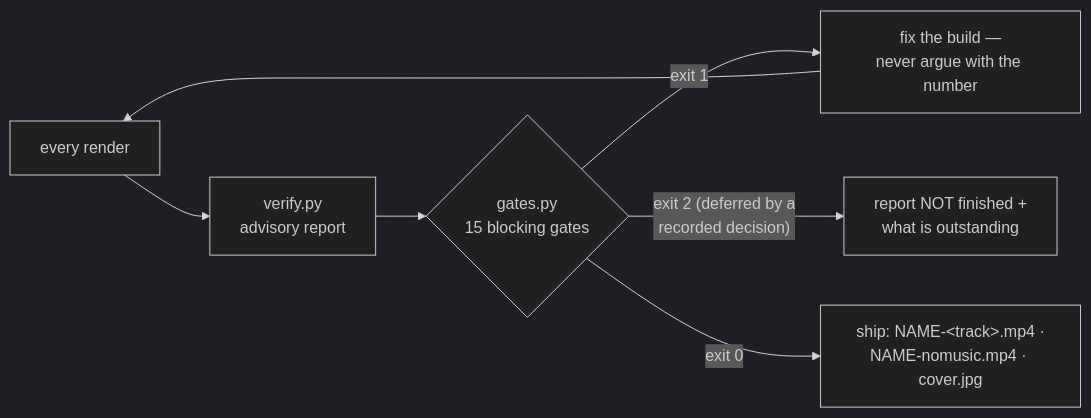
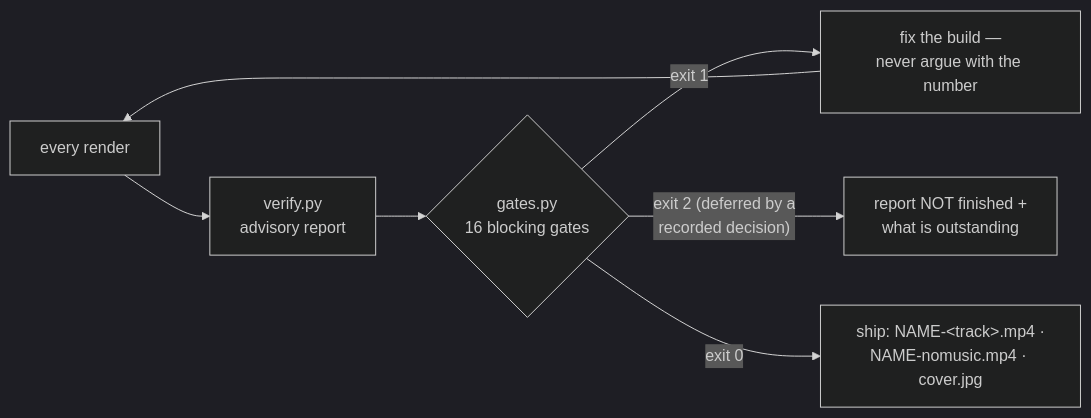
One commit to chyiiiiiiiiiiii/yiibu changed the second of 2 diagrams in SKILL.md. Above: the diagram before and after it, drawn with Mermaid (dark theme). The commit also changed other lines of this file and 16 other files, not shown here.

````diff
--- a/SKILL.md
+++ b/SKILL.md
@@ -391,7 +434,7 @@
 ```mermaid
 flowchart LR
-    R[every render] --> V["verify.py<br/>advisory report"] --> G{"gates.py<br/>15 blocking gates"}
+    R[every render] --> V["verify.py<br/>advisory report"] --> G{"gates.py<br/>16 blocking gates"}
     G -->|exit 1| F["fix the build —<br/>never argue with the number"] --> R
     G -->|"exit 2 (deferred by a<br/>recorded decision)"| D["report NOT finished +<br/>what is outstanding"]
     G -->|exit 0| S["ship: NAME-&lt;track&gt;.mp4 ·<br/>NAME-nomusic.mp4 · cover.jpg"]
 ```
````
